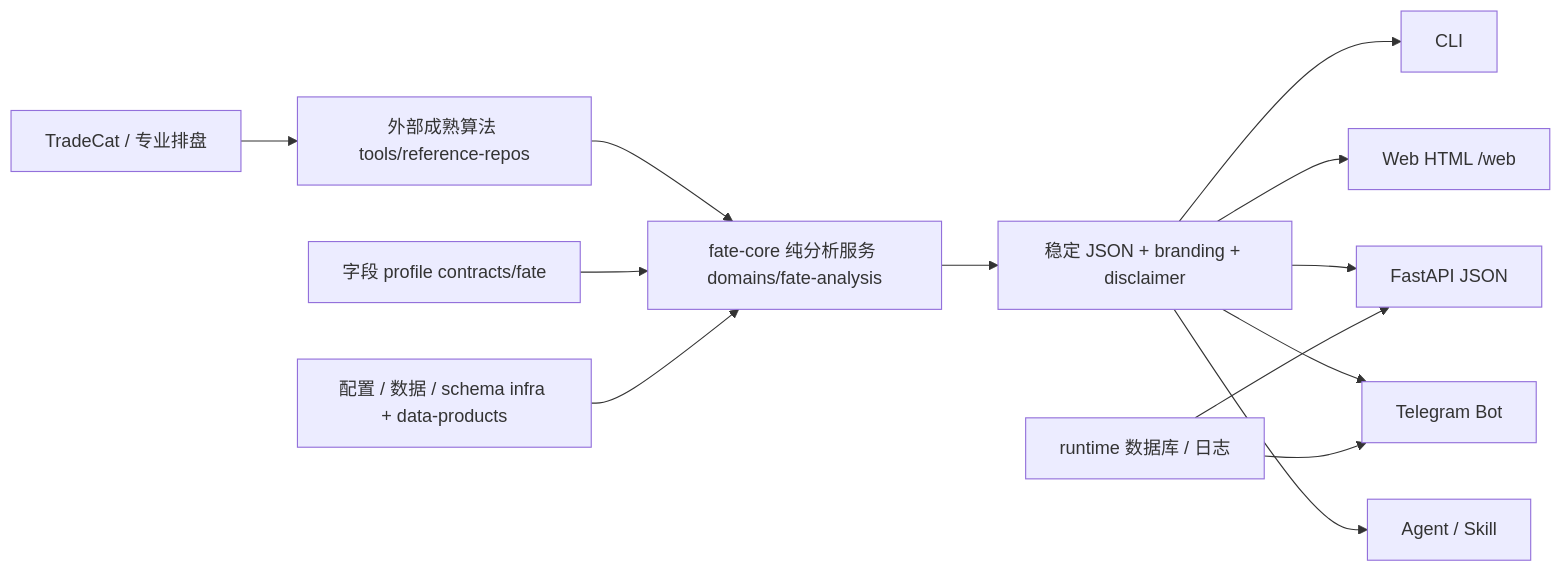
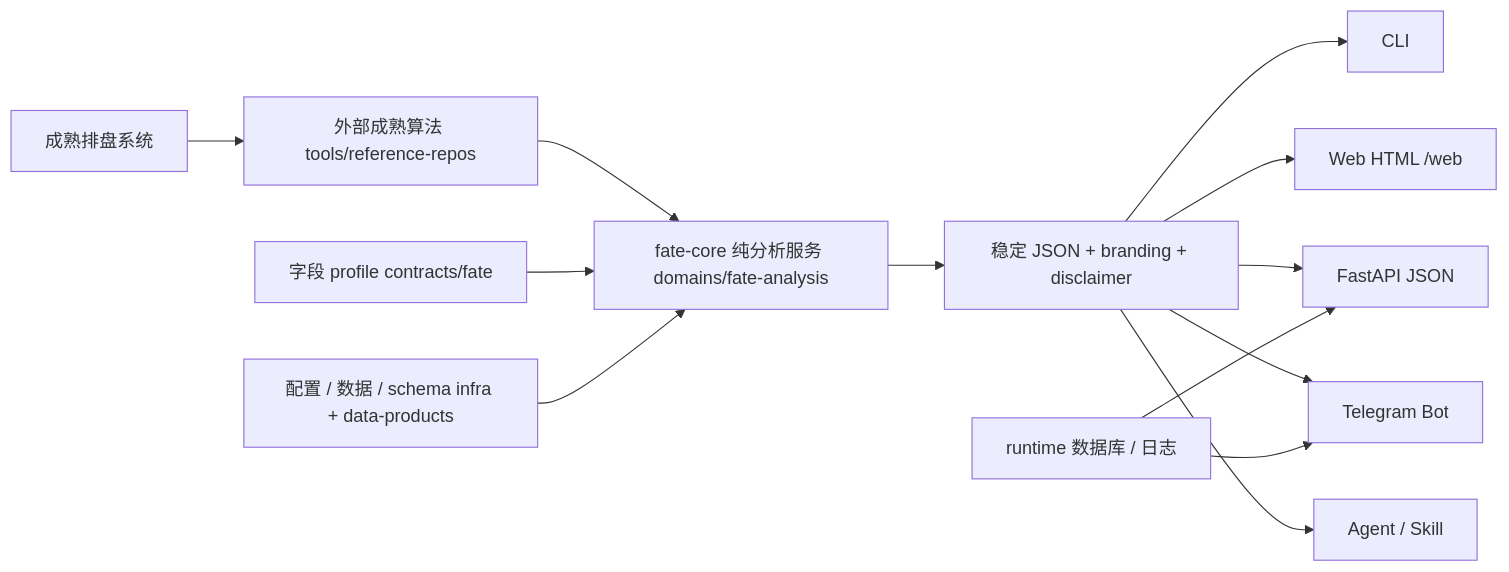
One commit to zyb0408/fatecat changed the diagram in README.md. Above: the diagram before and after it, drawn with Mermaid. The commit also changed other lines of this file and 26 other files, not shown here.

````diff
--- a/README.md
+++ b/README.md
@@ -112,15 +115,15 @@
 ```mermaid
 flowchart LR
-    A[TradeCat / 专业排盘] --> B[外部成熟算法 tools/reference-repos]
+    A[成熟排盘系统] --> B[外部成熟算法 tools/reference-repos]
     B --> C[fate-core 纯分析服务 domains/fate-analysis]
     F[字段 profile contracts/fate] --> C
     G[配置 / 数据 / schema infra + data-products] --> C
     C --> D[稳定 JSON + branding + disclaimer]
     D --> E1[CLI]
     D --> E2[Web HTML /web]
     D --> E3[FastAPI JSON]
     D --> E4[Telegram Bot]
     D --> E5[Agent / Skill]
     H[runtime 数据库 / 日志] --> E3
     H --> E4
 ```
````
